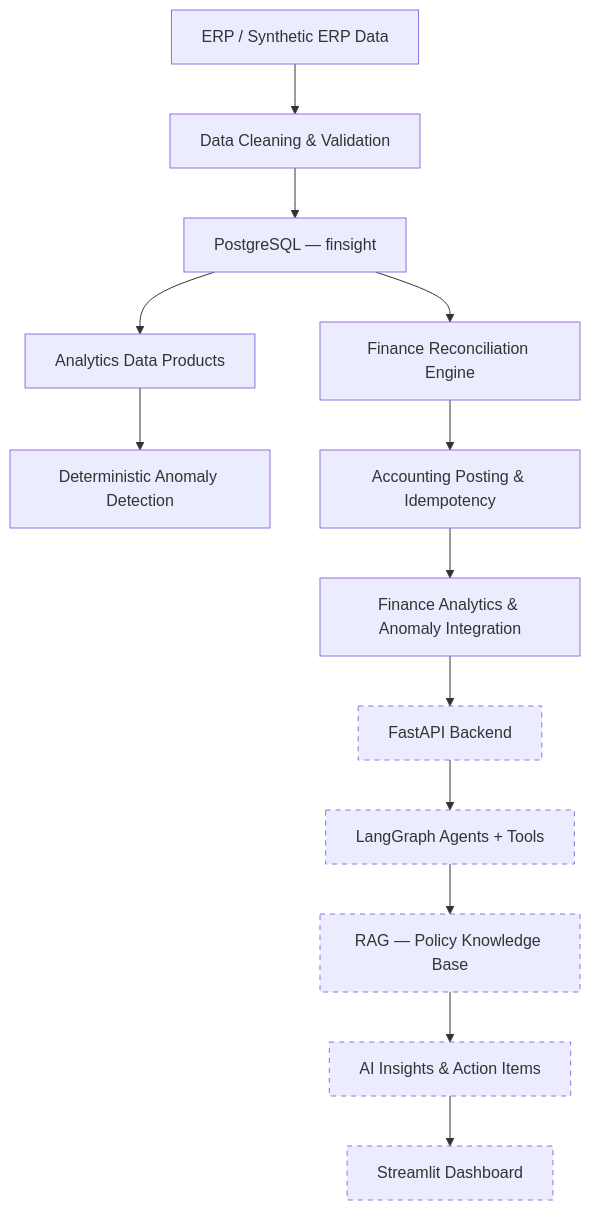
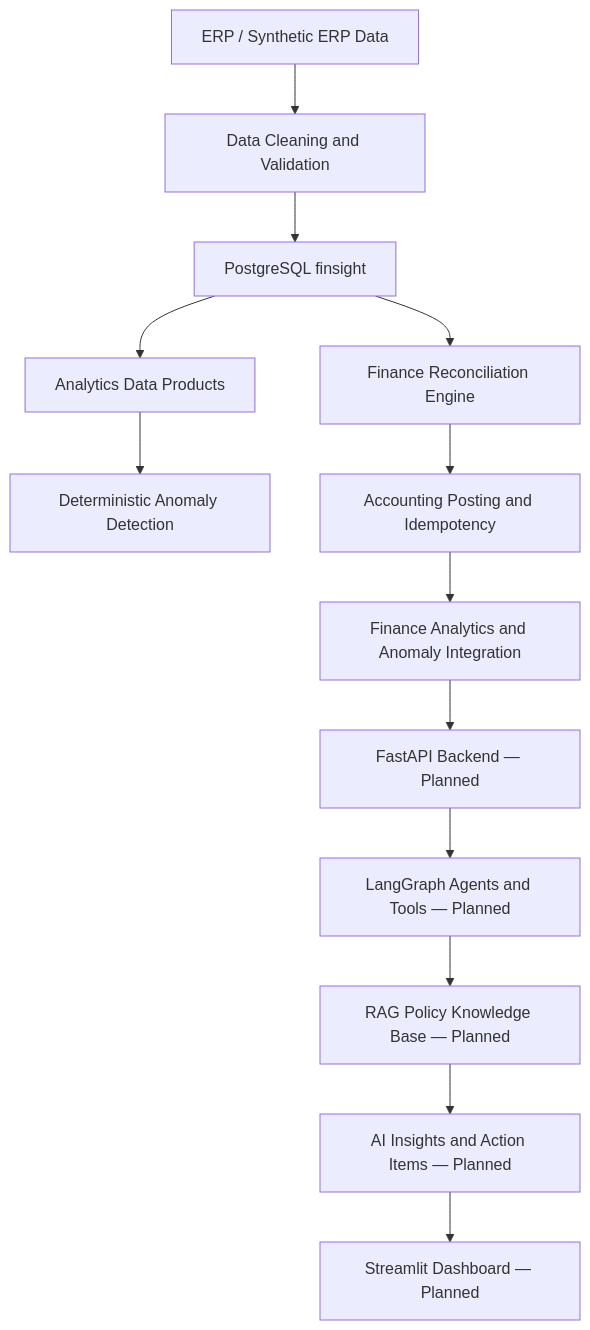
The first of 4 diagrams in README.md (OjusGupta/Finsight), drawn with Mermaid before and after one commit. The commit also changed other lines of this file, not shown here.

Commit message:
fix: correct Mermaid diagram syntax for GitHub rendering

````diff
--- a/README.md
+++ b/README.md
@@ -42,18 +42,15 @@
 ```mermaid
 flowchart TD
-    A[ERP / Synthetic ERP Data] --> B[Data Cleaning & Validation]
-    B --> C[PostgreSQL — finsight]
+    A[ERP / Synthetic ERP Data] --> B[Data Cleaning and Validation]
+    B --> C[PostgreSQL finsight]
     C --> D[Analytics Data Products]
     D --> E[Deterministic Anomaly Detection]
     C --> F[Finance Reconciliation Engine]
-    F --> G[Accounting Posting & Idempotency]
-    G --> H[Finance Analytics & Anomaly Integration]
-
-    H --> I[FastAPI Backend]:::planned
-    I --> J[LangGraph Agents + Tools]:::planned
-    J --> K[RAG — Policy Knowledge Base]:::planned
-    K --> L[AI Insights & Action Items]:::planned
-    L --> M[Streamlit Dashboard]:::planned
-
-    classDef planned stroke-dasharray:5 5
+    F --> G[Accounting Posting and Idempotency]
+    G --> H[Finance Analytics and Anomaly Integration]
+    H --> I[FastAPI Backend — Planned]
+    I --> J[LangGraph Agents and Tools — Planned]
+    J --> K[RAG Policy Knowledge Base — Planned]
+    K --> L[AI Insights and Action Items — Planned]
+    L --> M[Streamlit Dashboard — Planned]
 ```
````
